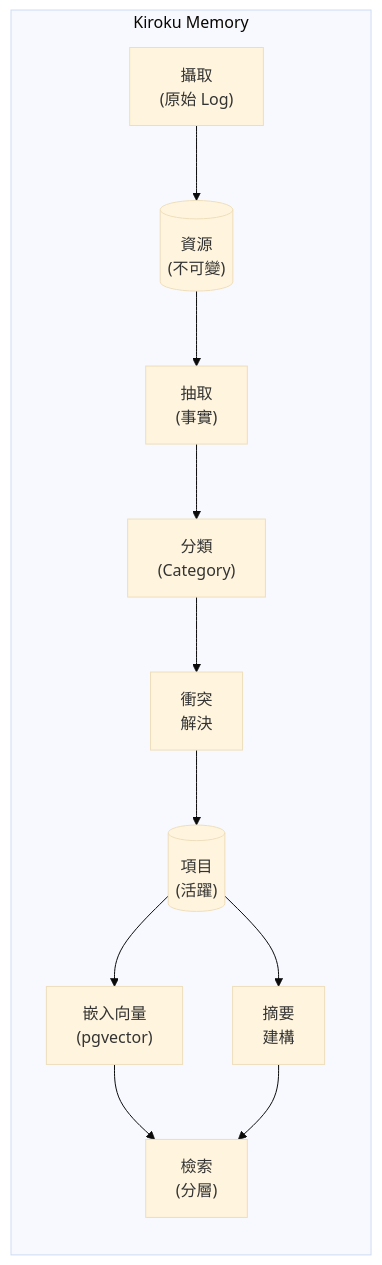
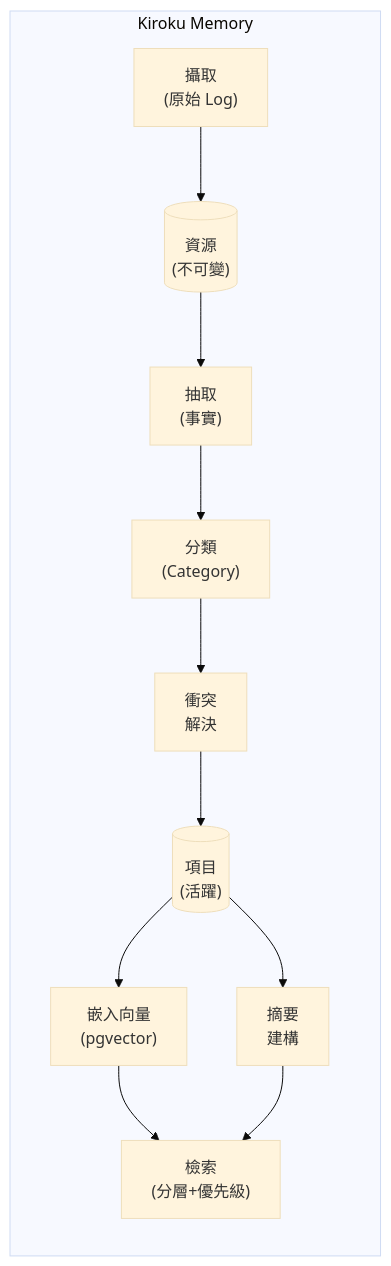
Before and after one commit to yelban/kiroku-memory: the diagram in README.zh-TW.md, drawn with Mermaid (base theme). The commit also changed other lines of this file and 15 other files, not shown here.

````diff
--- a/README.zh-TW.md
+++ b/README.zh-TW.md
@@ -44,19 +44,19 @@
 ```mermaid
 flowchart TB
     subgraph KM["Kiroku Memory"]
         direction TB
 
         Ingest["攝取<br/>(原始 Log)"] --> Resources[("資源<br/>(不可變)")]
 
         Resources --> Extract["抽取<br/>(事實)"]
         Extract --> Classify["分類<br/>(Category)"]
         Classify --> Conflict["衝突<br/>解決"]
         Conflict --> Items[("項目<br/>(活躍)")]
 
         Items --> Embeddings["嵌入向量<br/>(pgvector)"]
         Items --> Summary["摘要<br/>建構"]
 
-        Embeddings --> Retrieve["檢索<br/>(分層)"]
+        Embeddings --> Retrieve["檢索<br/>(分層+優先級)"]
         Summary --> Retrieve
     end
 ```
````
